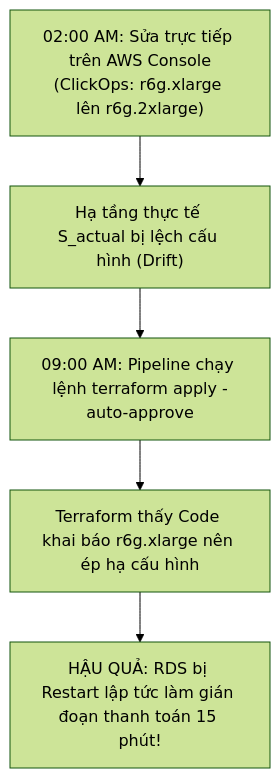
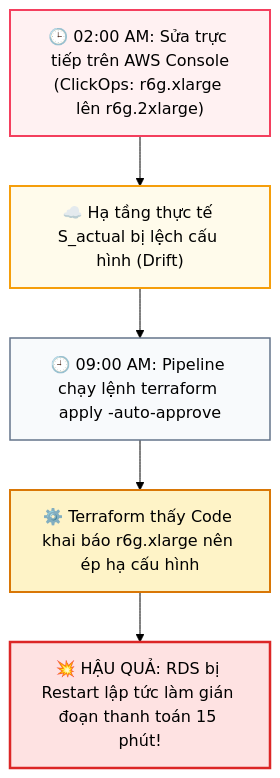
One commit to kiennt308/ntk changed the third of 3 diagrams in _posts/2026-09-13-terraform-01-01-tu-duy-declarative-iac-so-sanh-thuc-chien-terraform-ansible-pulumi.md. Above: the diagram before and after it, drawn with Mermaid (forest theme). The commit also changed other lines of this file and 1 other file, not shown here.

Commit message:
feat(mermaid): add rich theme styling and vibrant colors to post 01 diagrams

````diff
--- a/_posts/2026-09-13-terraform-01-01-tu-duy-declarative-iac-so-sanh-thuc-chien-terraform-ansible-pulumi.md
+++ b/_posts/2026-09-13-terraform-01-01-tu-duy-declarative-iac-so-sanh-thuc-chien-terraform-ansible-pulumi.md
@@ -331,13 +356,19 @@
 ```mermaid
 flowchart TD
-    A["02:00 AM: Sửa trực tiếp trên AWS Console<br/>(ClickOps: r6g.xlarge lên r6g.2xlarge)"]
-    B["Hạ tầng thực tế S_actual bị lệch cấu hình (Drift)"]
-    C["09:00 AM: Pipeline chạy lệnh terraform apply -auto-approve"]
-    D["Terraform thấy Code khai báo r6g.xlarge nên ép hạ cấu hình"]
-    E["HẬU QUẢ: RDS bị Restart lập tức làm gián đoạn thanh toán 15 phút!"]
+    A["🕒 02:00 AM: Sửa trực tiếp trên AWS Console<br/>(ClickOps: r6g.xlarge lên r6g.2xlarge)"]
+    B["☁️ Hạ tầng thực tế S_actual bị lệch cấu hình (Drift)"]
+    C["🕘 09:00 AM: Pipeline chạy lệnh terraform apply -auto-approve"]
+    D["⚙️ Terraform thấy Code khai báo r6g.xlarge nên ép hạ cấu hình"]
+    E["💥 HẬU QUẢ: RDS bị Restart lập tức làm gián đoạn thanh toán 15 phút!"]
 
     A --> B
     B --> C
     C --> D
     D --> E
+
+    style A fill:#fff1f2,stroke:#f43f5e,stroke-width:2px
+    style B fill:#fffbeb,stroke:#f59e0b,stroke-width:2px
+    style C fill:#f8fafc,stroke:#64748b,stroke-width:1.5px
+    style D fill:#fef3c7,stroke:#d97706,stroke-width:2px
+    style E fill:#fee2e2,stroke:#dc2626,stroke-width:2.5px
 ```
````
